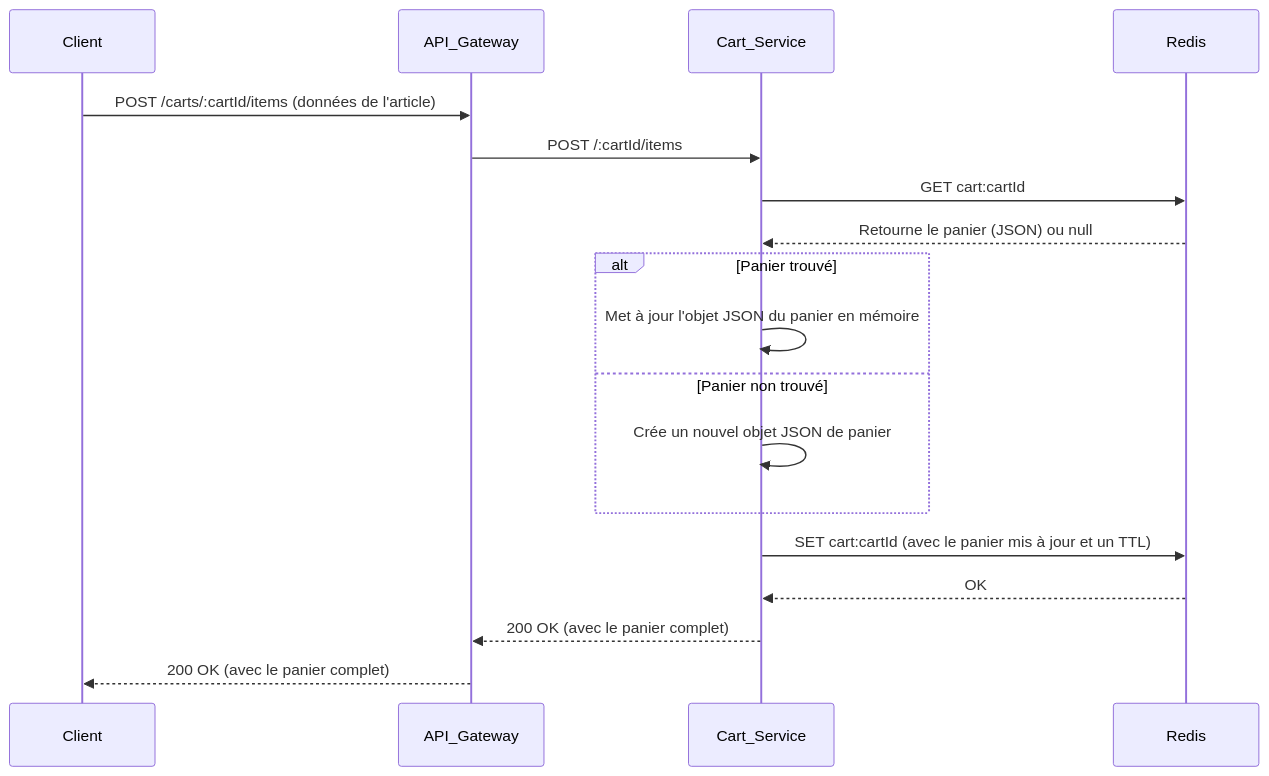
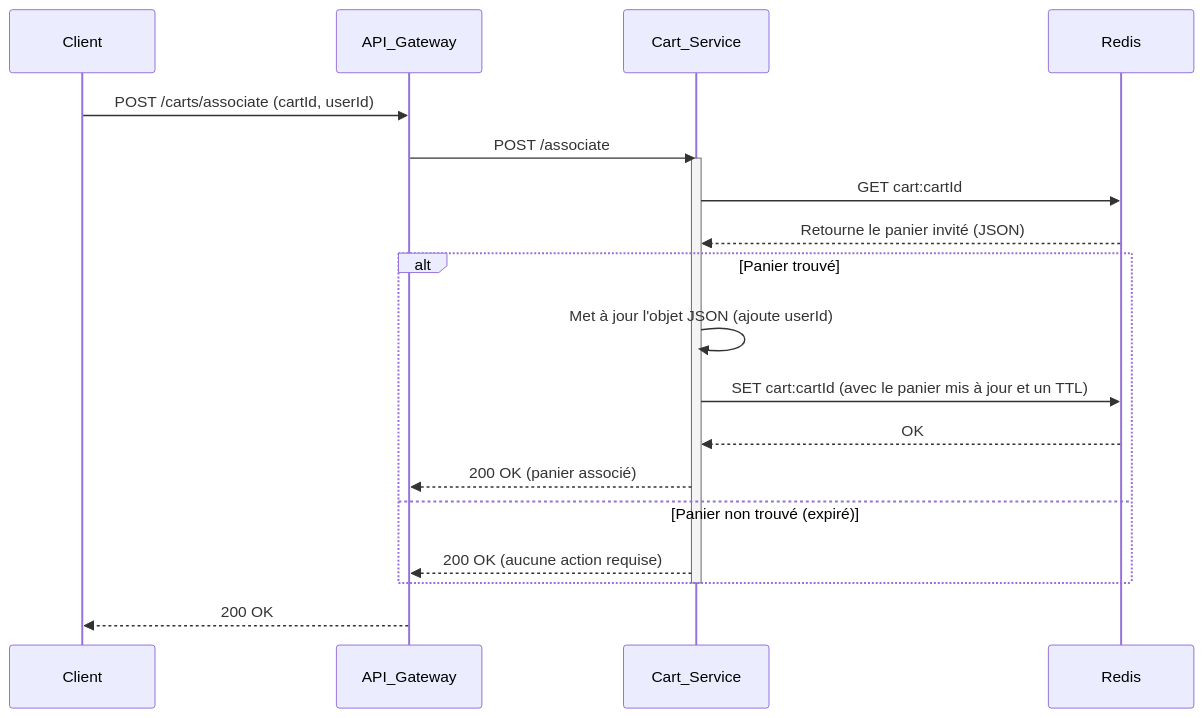
Before and after one commit to HarcheSamir/esisba-lirmm-ecommerce: the eighth of 8 diagrams in MVP.md, drawn with Mermaid. The commit also changed other lines of this file, not shown here.

````diff
--- a/MVP.md
+++ b/MVP.md
@@ -342,21 +410,23 @@
 ```mermaid
 sequenceDiagram
     participant Client
     participant API_Gateway
     participant Cart_Service
     participant Redis
 
-    Client->>API_Gateway: POST /carts/:cartId/items (données de l'article)
-    API_Gateway->>Cart_Service: POST /:cartId/items
+    Client->>API_Gateway: POST /carts/associate (cartId, userId)
+    API_Gateway->>Cart_Service: POST /associate
+    activate Cart_Service
     Cart_Service->>Redis: GET cart:cartId
-    Redis-->>Cart_Service: Retourne le panier (JSON) ou null
+    Redis-->>Cart_Service: Retourne le panier invité (JSON)
     alt Panier trouvé
-        Cart_Service->>Cart_Service: Met à jour l'objet JSON du panier en mémoire
-    else Panier non trouvé
-        Cart_Service->>Cart_Service: Crée un nouvel objet JSON de panier
+        Cart_Service->>Cart_Service: Met à jour l'objet JSON (ajoute userId)
+        Cart_Service->>Redis: SET cart:cartId (avec le panier mis à jour et un TTL)
+        Redis-->>Cart_Service: OK
+        Cart_Service-->>API_Gateway: 200 OK (panier associé)
+    else Panier non trouvé (expiré)
+        Cart_Service-->>API_Gateway: 200 OK (aucune action requise)
     end
-    Cart_Service->>Redis: SET cart:cartId (avec le panier mis à jour et un TTL)
-    Redis-->>Cart_Service: OK
-    Cart_Service-->>API_Gateway: 200 OK (avec le panier complet)
-    API_Gateway-->>Client: 200 OK (avec le panier complet)
+    deactivate Cart_Service
+    API_Gateway-->>Client: 200 OK
 ```
````
